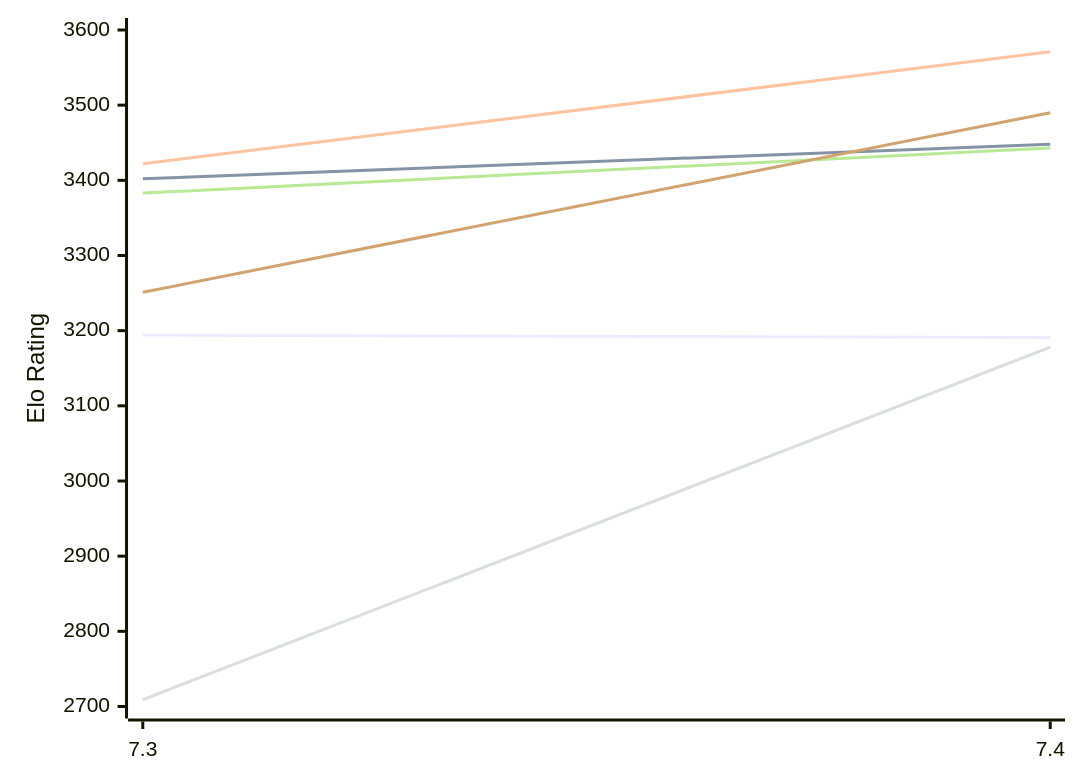
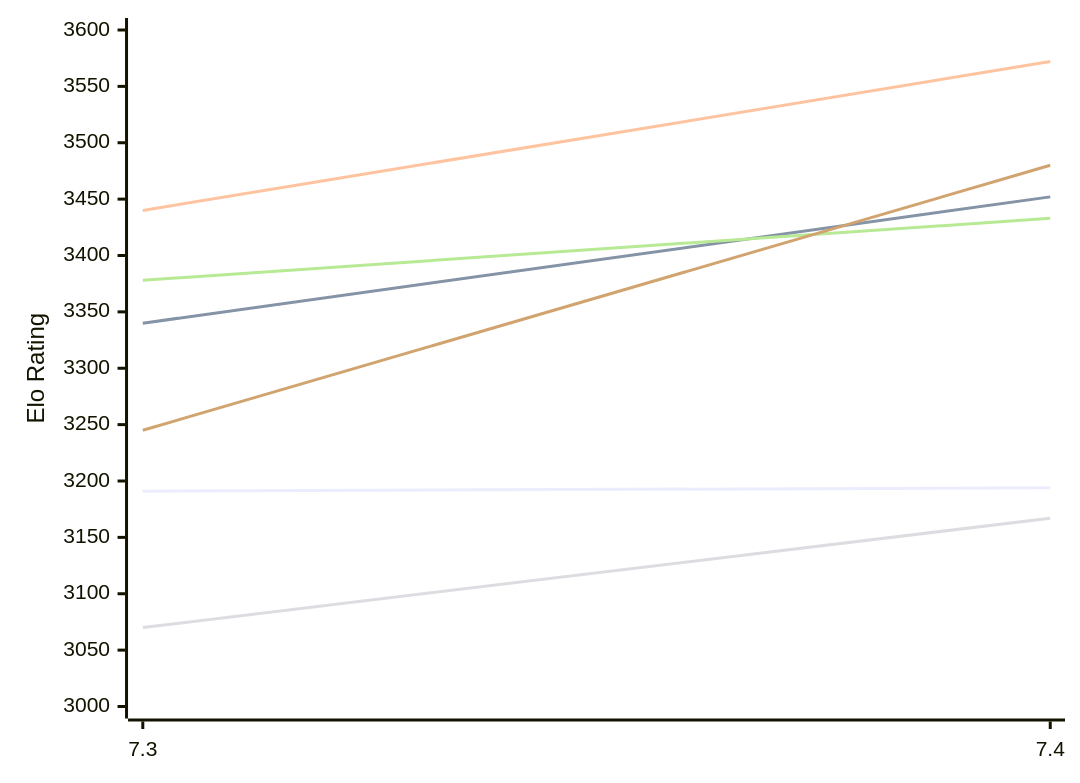
The diagram in engines/Booot.md (computer-chess-index/cci), drawn with Mermaid before and after one commit. The commit also changed other lines of this file, not shown here.

Commit message:
Update CCI Ratings (ELO VLTC) - 2026-11-15

````diff
--- a/engines/Booot.md
+++ b/engines/Booot.md
@@ -49,12 +49,12 @@
 ```mermaid
 %%{init: {"theme":"base","themeVariables":{"seriesColors:['#a3a3a3','#222221','#faa371']}}}%%
 xychart-beta
   x-axis ["7.3", "7.4"]
-  y-axis "Elo Rating" 2700 --> 3600
-  line "E1: STC (8.0+0.08s)" [3194, 3191]
-  line "E1: LTC (60.0+0.60s)" [3402, 3448]
-  line "E1: VLTC (2m24s+1.12s)" [3422, 3571]
-  line "P1: STC (8.0+0.08s)" [2709, 3178]
-  line "P1: LTC (60.0+0.60s)" [3383, 3443]
-  line "P1: VLTC (2m24s+1.12s)" [3251, 3490]
+  y-axis "Elo Rating" 3000 --> 3600
+  line "E1: STC (8.0+0.08s)" [3191, 3194]
+  line "E1: LTC (60.0+0.60s)" [3340, 3452]
+  line "E1: VLTC (2m24s+1.12s)" [3440, 3572]
+  line "P1: STC (8.0+0.08s)" [3070, 3167]
+  line "P1: LTC (60.0+0.60s)" [3378, 3433]
+  line "P1: VLTC (2m24s+1.12s)" [3245, 3480]
 ```
````
